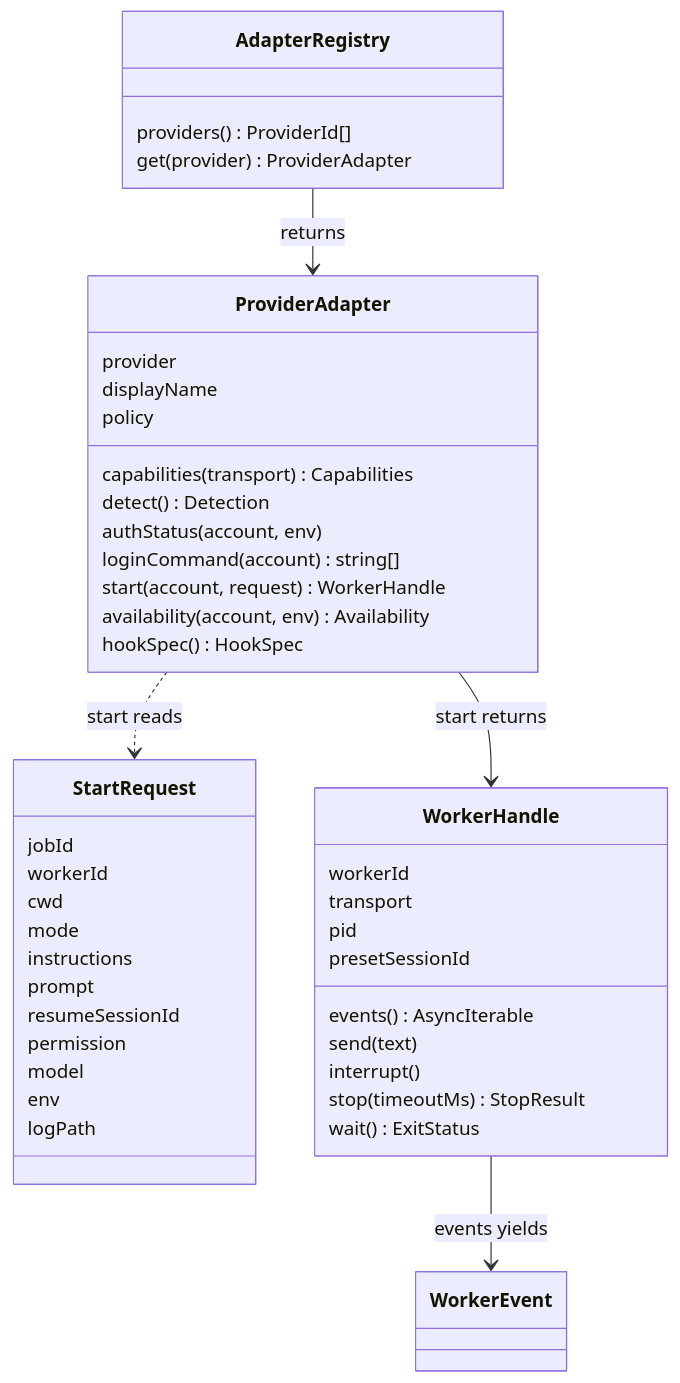
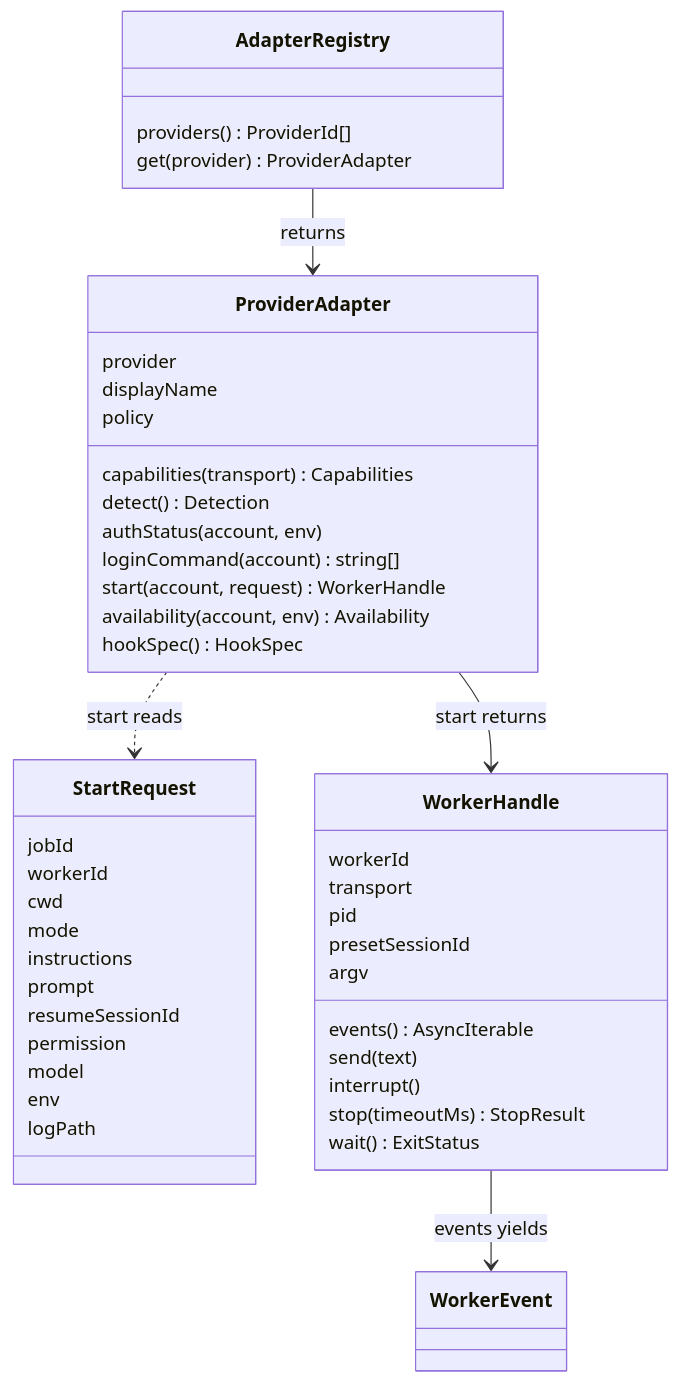
Before and after one commit to FrejusGdm/relay: the first of 6 diagrams in docs/adapters.md, drawn with Mermaid. The commit also changed other lines of this file and 33 other files, not shown here.

````diff
--- a/docs/adapters.md
+++ b/docs/adapters.md
@@ -38,47 +40,48 @@
 ```mermaid
 classDiagram
   class ProviderAdapter {
     provider
     displayName
     policy
     capabilities(transport) Capabilities
     detect() Detection
     authStatus(account, env)
     loginCommand(account) string[]
     start(account, request) WorkerHandle
     availability(account, env) Availability
     hookSpec() HookSpec
   }
   class StartRequest {
     jobId
     workerId
     cwd
     mode
     instructions
     prompt
     resumeSessionId
     permission
     model
     env
     logPath
   }
   class WorkerHandle {
     workerId
     transport
     pid
     presetSessionId
+    argv
     events() AsyncIterable
     send(text)
     interrupt()
     stop(timeoutMs) StopResult
     wait() ExitStatus
   }
   class AdapterRegistry {
     providers() ProviderId[]
     get(provider) ProviderAdapter
   }
   AdapterRegistry --> ProviderAdapter : returns
   ProviderAdapter ..> StartRequest : start reads
   ProviderAdapter --> WorkerHandle : start returns
   WorkerHandle --> WorkerEvent : events yields
 ```
````
